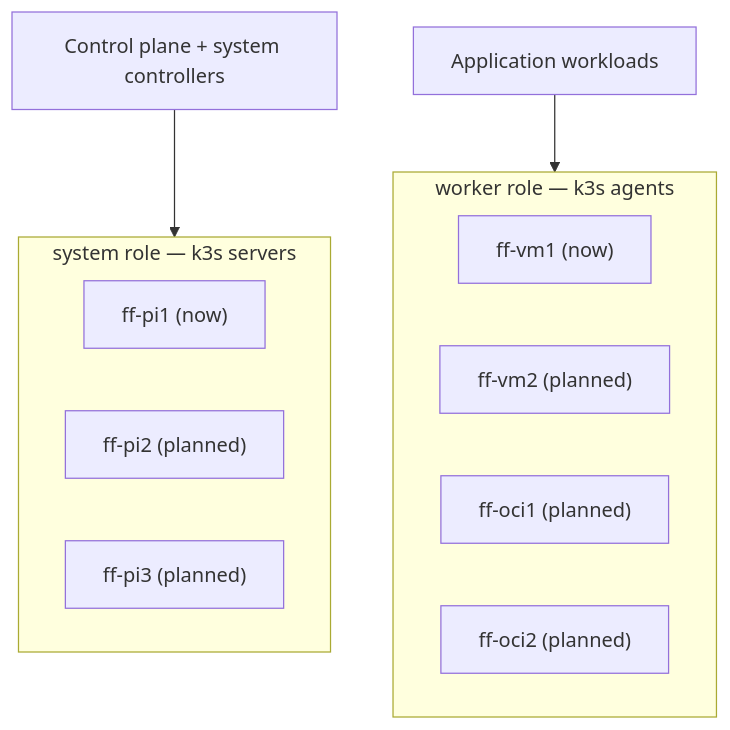
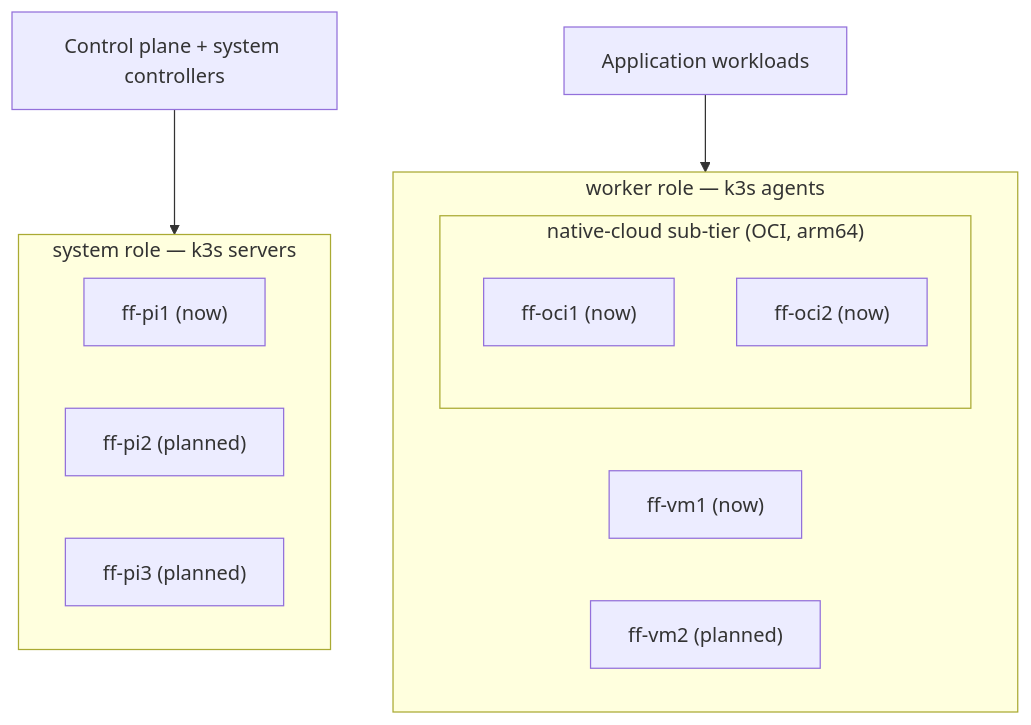
Before and after one commit to CalebSargeant/infra: the diagram in docs/reference/cluster-topology.md, drawn with Mermaid. The commit also changed other lines of this file and 16 other files, not shown here.

First line of the commit message:
feat(oci): native-cloud worker tier (ff-oci1/ff-oci2) + postgres-oci CNPG (#435)

````diff
--- a/docs/reference/cluster-topology.md
+++ b/docs/reference/cluster-topology.md
@@ -14,16 +14,18 @@
 ```mermaid
 flowchart TB
   subgraph system["system role — k3s servers"]
     pi1["ff-pi1 (now)"]
     pi2["ff-pi2 (planned)"]
     pi3["ff-pi3 (planned)"]
   end
   subgraph worker["worker role — k3s agents"]
     vm1["ff-vm1 (now)"]
     vm2["ff-vm2 (planned)"]
-    oci1["ff-oci1 (planned)"]
-    oci2["ff-oci2 (planned)"]
+    subgraph nc["native-cloud sub-tier (OCI, arm64)"]
+      oci1["ff-oci1 (now)"]
+      oci2["ff-oci2 (now)"]
+    end
   end
   cp["Control plane + system controllers"] --> system
   apps["Application workloads"] --> worker
 ```
````
